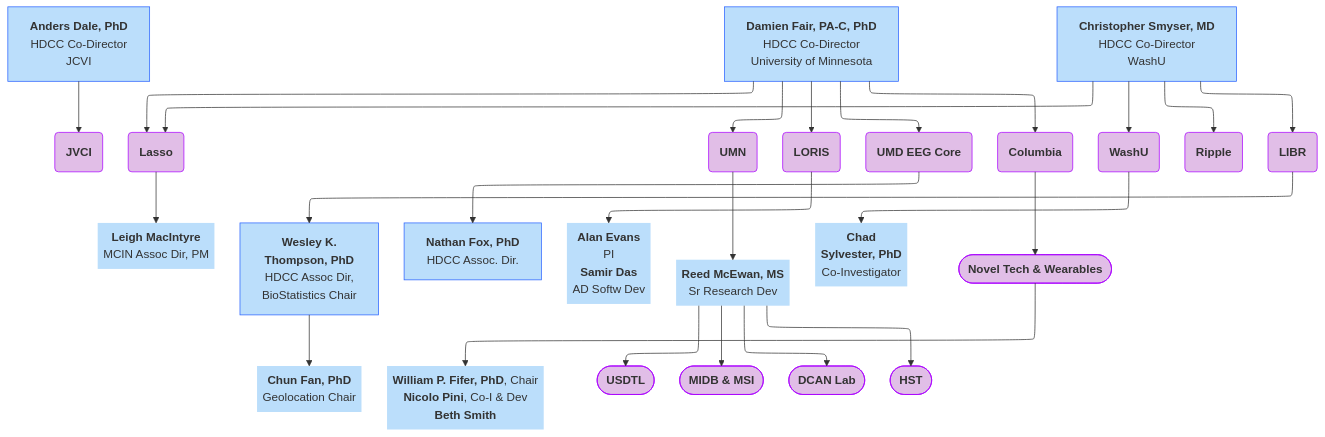
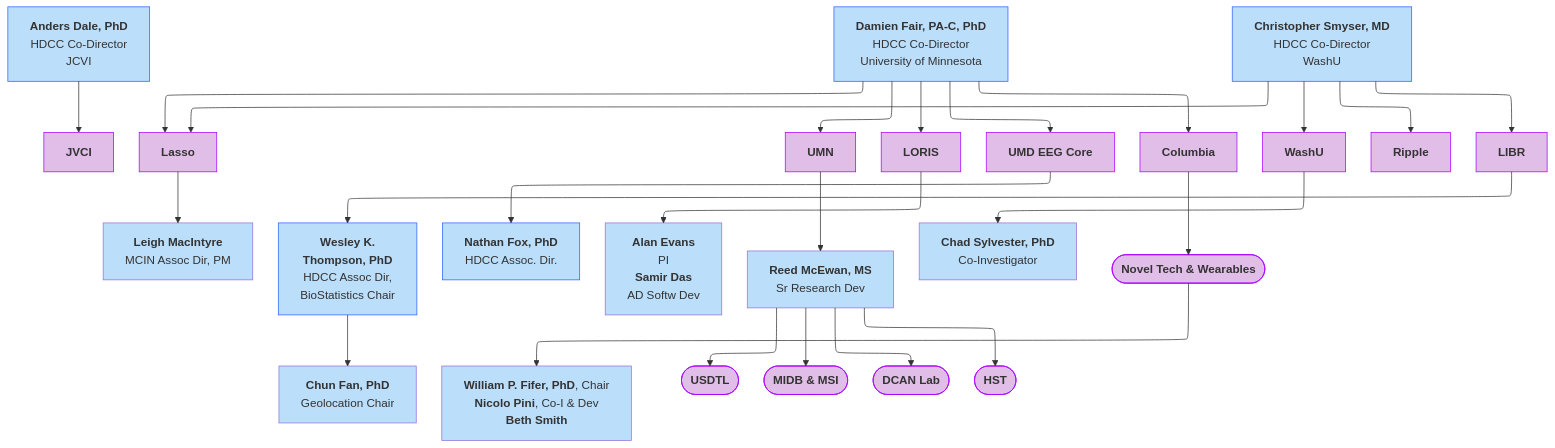
The first of 10 diagrams in docs/orgcharts.md (DCAN-Labs/hbcd-docs-internal), drawn with Mermaid before and after one commit. The commit also changed other lines of this file and 2 other files, not shown here.

````diff
--- a/docs/orgcharts.md
+++ b/docs/orgcharts.md
@@ -12,72 +12,58 @@
 ```mermaid
 ---
 config:
   layout: elk
 ---
 flowchart TB
     n2["<b>Anders Dale, PhD<br></b>HDCC Co-Director<br>JCVI"] --> jvci["<b>JVCI</b>"]
-    E["<b>Damien Fair, PA-C, PhD</b><br>HDCC Co-Director<br>University of Minnesota"] --> lasso["<b>Lasso</b>"] & umn["<b>UMN</b>"] & n7["<b>LORIS</b>"] & n8["<b>UMD EEG Core</b>"] & n11["<b>Columbia</b>"]
+    E["<b>Damien Fair, PA-C, PhD</b><br>HDCC Co-Director<br>University of Minnesota"] 
+    E --> lasso["<b>Lasso</b>"]
+    E --> umn["<b>UMN</b>"]
+    E --> n7["<b>LORIS</b>"]
+    E --> n8["<b>UMD EEG Core</b>"]
+    E --> n11["<b>Columbia</b>"]
     lasso --> lasso1["<b>Leigh MacIntyre</b><br>MCIN Assoc Dir, PM"]
-    n1["<b>Christopher Smyser, MD<br></b>HDCC Co-Director<br>WashU"] --> n10["<b>WashU</b><br>"] & ripple["<b>Ripple</b>"] & n12["<b>LIBR</b>"] & lasso
-    n16["<b>Wesley K.<br>Thompson, PhD</b><br>HDCC Assoc Dir,<br>BioStatistics Chair"] --> n17@{ label: "<span style=\"color:\"><b>Chun Fan, PhD<br></b></span><span style=\"--tw-scale-x:\">Geolocation Chair</span><br style=\"--tw-scale-x:\">" }
+    n1["<b>Christopher Smyser, MD<br></b>HDCC Co-Director<br>WashU"] 
+    n1 --> n10["<b>WashU</b><br>"] & ripple["<b>Ripple</b>"] & n12["<b>LIBR</b>"] & lasso
+    n16["<b>Wesley K.<br>Thompson, PhD</b><br>HDCC Assoc Dir,<br>BioStatistics Chair"] 
+    n16 --> n17["<b>Chun Fan, PhD</b><br>Geolocation Chair"]
     n12 --> n16
     n8 --> n19["<b>Nathan Fox, PhD<br></b>HDCC Assoc. Dir."]
-    n7 --> n20@{ label: "<b><span style=\"color:\">Alan Evans</span><br style=\"--tw-scale-x:\"></b><span style=\"--tw-scale-x:\">PI</span><br style=\"--tw-scale-x:\"><b><span style=\"color:\">Samir Das</span><br style=\"--tw-scale-x:\"></b><span style=\"--tw-scale-x:\">AD Softw Dev</span>" }
+    n7 --> n20["<b>Alan Evans</b><br>PI<br><b>Samir Das</b><br>AD Softw Dev"]
     umn --> reed["<b>Reed McEwan, MS</b><br>Sr Research Dev"]
-    n10 --> n22@{ label: "<b><span style=\"color:\">Chad<br>Sylvester, PhD</span><br style=\"--tw-scale-x:\"></b><span style=\"--tw-scale-x:\">Co-Investigator</span>" }
+    n10 --> n22["<b>Chad Sylvester, PhD</b><br>Co-Investigator"]
     n11 --> n23(["<b>Novel Tech &amp; Wearables</b>"])
     n23 --> n18["<b>William P. Fifer, PhD</b>, Chair<br><b>Nicolo Pini</b>, Co-I &amp; Dev<br><b>Beth Smith</b>"]
-    reed --> n25@{ label: "<span style=\"--tw-scale-x:\"><b>USDTL</b></span>" } & n26(["<b>MIDB &amp; MSI</b>"]) & n27(["<b>DCAN Lab</b>"]) & n30(["<b>HST</b>"])
-    n2@{ shape: rect}
-    jvci@{ shape: rounded}
-    E@{ shape: rect}
-    lasso@{ shape: rounded}
-    umn@{ shape: rounded}
-    n7@{ shape: rounded}
-    n8@{ shape: rounded}
-    n11@{ shape: rounded}
-    lasso1@{ shape: text}
-    n1@{ shape: rect}
-    n10@{ shape: rounded}
-    ripple@{ shape: rounded}
-    n12@{ shape: rounded}
-    n16@{ shape: rect}
-    n17@{ shape: text}
-    n19@{ shape: rect}
-    n20@{ shape: text}
-    reed@{ shape: text}
-    n22@{ shape: text}
-    n18@{ shape: text}
-    n25@{ shape: stadium}
+    reed --> n25(["<b>USDTL</b>"]) & n26(["<b>MIDB &amp; MSI</b>"]) & n27(["<b>DCAN Lab</b>"]) & n30(["<b>HST</b>"])
     style n2 fill:#BBDEFB,stroke:#2962FF
     style jvci fill:#E1BEE7,stroke:#AA00FF
     style E fill:#BBDEFB,stroke:#2962FF
     style lasso fill:#E1BEE7,stroke:#AA00FF
     style umn fill:#E1BEE7,stroke:#AA00FF
     style n7 fill:#E1BEE7,stroke:#AA00FF
     style n8 fill:#E1BEE7,stroke:#AA00FF
     style n11 fill:#E1BEE7,stroke:#AA00FF
     style lasso1 fill:#BBDEFB
     style n1 fill:#BBDEFB,stroke:#2962FF
     style n10 fill:#E1BEE7,stroke:#AA00FF
     style ripple fill:#E1BEE7,stroke:#AA00FF
     style n12 fill:#E1BEE7,stroke:#AA00FF
     style n16 fill:#BBDEFB,stroke:#2962FF
     style n17 fill:#BBDEFB
     style n19 fill:#BBDEFB,stroke:#2962FF
     style n20 fill:#BBDEFB
     style reed fill:#BBDEFB
     style n22 fill:#BBDEFB
     style n23 fill:#E1BEE7,stroke:#AA00FF
     style n18 fill:#BBDEFB
     style n25 fill:#E1BEE7,stroke:#AA00FF
     style n26 fill:#E1BEE7,stroke:#AA00FF
     style n27 fill:#E1BEE7,stroke:#AA00FF
     style n30 fill:#E1BEE7,stroke:#AA00FF
     click jvci "#j-craig-venter-institute"
     click lasso "#lasso"
     click umn "#university-of-minnesota"
     click n7 "#loris"
     click n8 "#umd-eeg-core"
     click n10 "#washu"
 ```
````
